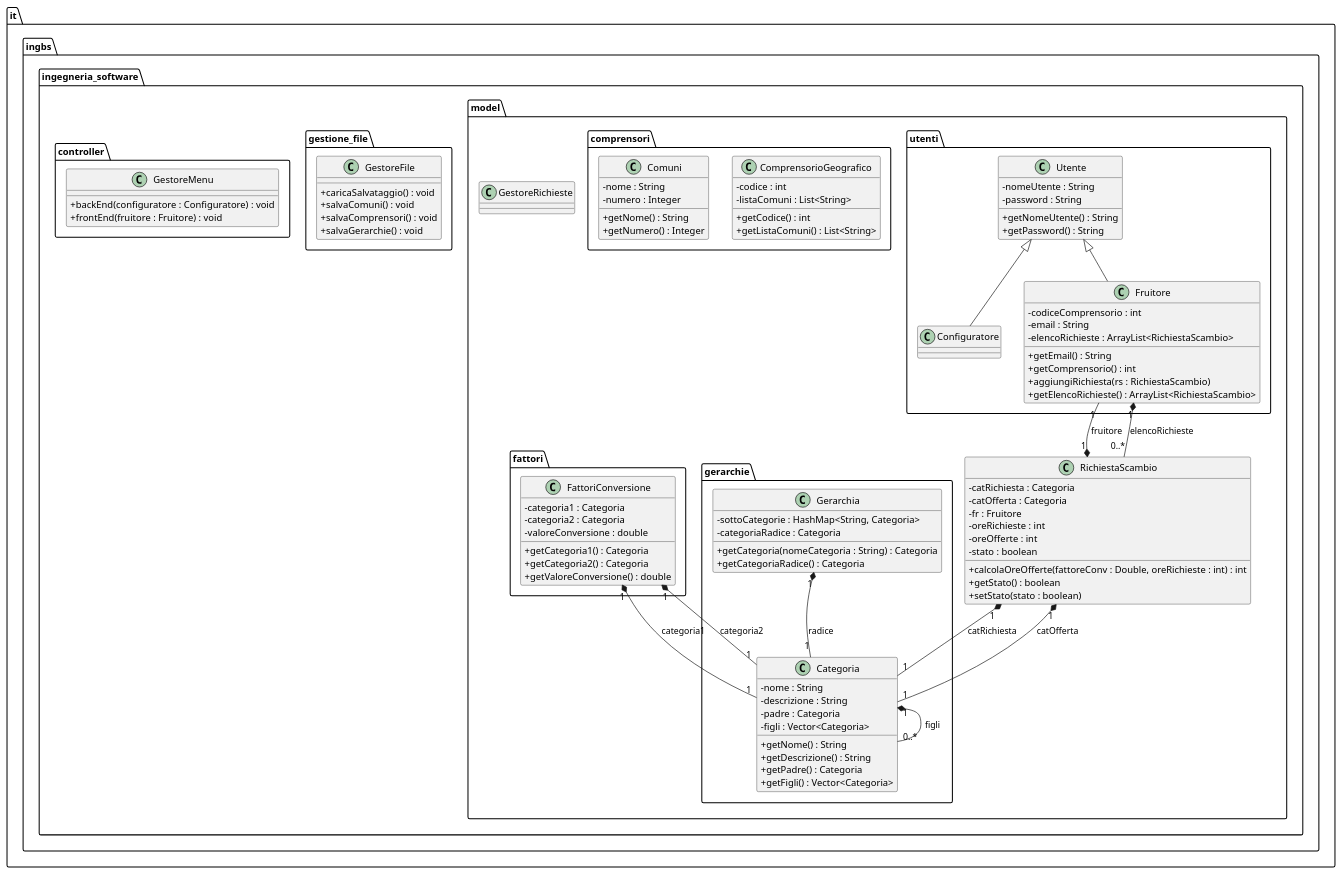
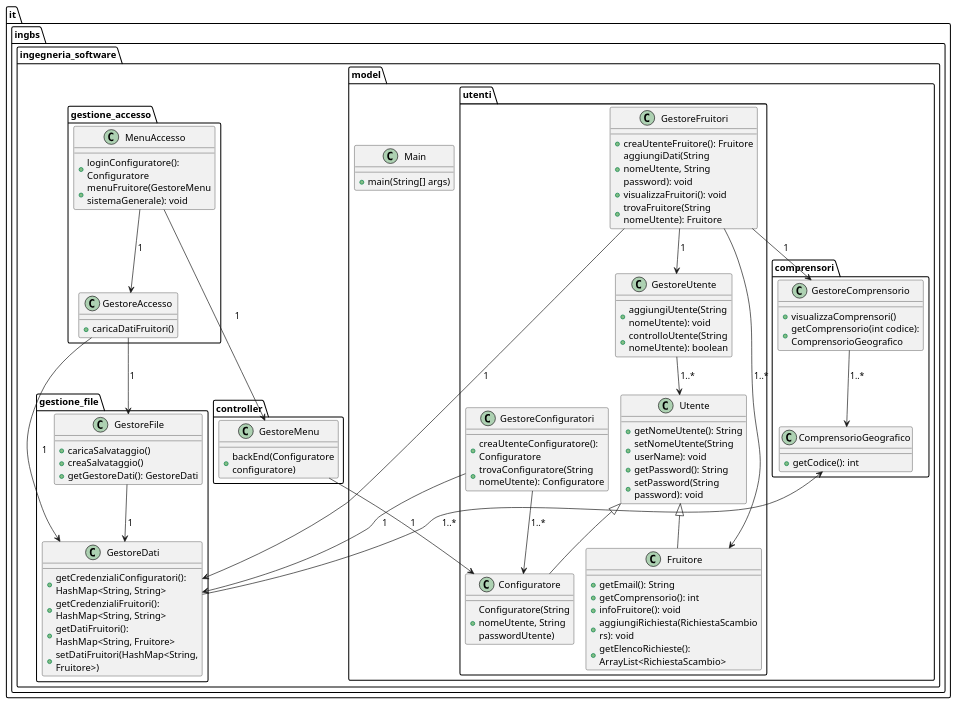
The diagram in uml/class-diagram.puml (dvdpezzo/elaborato-ingegneria-software), drawn with PlantUML before and after one commit. The commit also changed 9 other files, not shown here.

Commit message:
Riorganizzazione della struttura dei pacchetti e spostamento della classe RichiestaScambio in un nuovo pacchetto; rimozione della classe obsoleta.

```diff
--- a/uml/class-diagram.puml
+++ b/uml/class-diagram.puml
@@ -1,118 +1,106 @@
-@startuml class-diagram-versione_3
-skinparam classAttributeIconSize 0
+@startuml class-diagram-versione_4
 
-package "it.ingbs.ingegneria_software.model.utenti" {
-    class Utente {
-        - nomeUtente : String
-        - password : String
-        + getNomeUtente() : String
-        + getPassword() : String
-    }
+!pragma layout smetana
+skinparam horizontalAlignment center
+skinparam wrapWidth 200
+skinparam maxMessageSize 200
 
-    class Configuratore {
-    }
-
-    class Fruitore {
-        - codiceComprensorio : int
-        - email : String
-        - elencoRichieste : ArrayList<RichiestaScambio>
-        + getEmail() : String
-        + getComprensorio() : int
-        + aggiungiRichiesta(rs : RichiestaScambio)
-        + getElencoRichieste() : ArrayList<RichiestaScambio>
-    }
-
-    Utente <|-- Configuratore
-    Utente <|-- Fruitore
-}
-
-package "it.ingbs.ingegneria_software.model" {
-    class RichiestaScambio {
-        - catRichiesta : Categoria
-        - catOfferta : Categoria
-        - fr : Fruitore
-        - oreRichieste : int
-        - oreOfferte : int
-        - stato : boolean
-        + calcolaOreOfferte(fattoreConv : Double, oreRichieste : int) : int
-        + getStato() : boolean
-        + setStato(stato : boolean)
-    }
-
-    class GestoreRichieste {
+package it.ingbs.ingegneria_software.model {
+    class Main {
+        +main(String[] args)
     }
 }
 
-package "it.ingbs.ingegneria_software.model.gerarchie" {
-    class Categoria {
-        - nome : String
-        - descrizione : String
-        - padre : Categoria
-        - figli : Vector<Categoria>
-        + getNome() : String
-        + getDescrizione() : String
-        + getPadre() : Categoria
-        + getFigli() : Vector<Categoria>
-    }
-
-    class Gerarchia {
-        - sottoCategorie : HashMap<String, Categoria>
-        - categoriaRadice : Categoria
-        + getCategoria(nomeCategoria : String) : Categoria
-        + getCategoriaRadice() : Categoria
-    }
-
-    Categoria "1" *-- "0..*" Categoria : figli
-    Gerarchia "1" *-- "1" Categoria : radice
-}
-
-package "it.ingbs.ingegneria_software.model.fattori" {
-    class FattoriConversione {
-        - categoria1 : Categoria
-        - categoria2 : Categoria
-        - valoreConversione : double
-        + getCategoria1() : Categoria
-        + getCategoria2() : Categoria
-        + getValoreConversione() : double
+package it.ingbs.ingegneria_software.controller {
+    class GestoreMenu {
+        +backEnd(Configuratore configuratore)
     }
 }
 
-package "it.ingbs.ingegneria_software.model.comprensori" {
-    class ComprensorioGeografico {
-        - codice : int
-        - listaComuni : List<String>
-        + getCodice() : int
-        + getListaComuni() : List<String>
+package it.ingbs.ingegneria_software.gestione_accesso {
+    class GestoreAccesso {
+        +caricaDatiFruitori()
     }
-
-    class Comuni {
-        - nome : String
-        - numero : Integer
-        + getNome() : String
-        + getNumero() : Integer
+    class MenuAccesso {
+        +loginConfiguratore(): Configuratore
+        +menuFruitore(GestoreMenu sistemaGenerale): void
     }
 }
 
-package "it.ingbs.ingegneria_software.gestione_file" {
+package it.ingbs.ingegneria_software.gestione_file {
+    class GestoreDati {
+        +getCredenzialiConfiguratori(): HashMap<String, String>
+        +getCredenzialiFruitori(): HashMap<String, String>
+        +getDatiFruitori(): HashMap<String, Fruitore>
+        +setDatiFruitori(HashMap<String, Fruitore>)
+    }
     class GestoreFile {
-        + caricaSalvataggio() : void
-        + salvaComuni() : void
-        + salvaComprensori() : void
-        + salvaGerarchie() : void
+        +caricaSalvataggio()
+        +creaSalvataggio()
+        +getGestoreDati(): GestoreDati
     }
 }
 
-package "it.ingbs.ingegneria_software.controller" {
-    class GestoreMenu {
-        + backEnd(configuratore : Configuratore) : void
-        + frontEnd(fruitore : Fruitore) : void
+package it.ingbs.ingegneria_software.model.comprensori {
+    class ComprensorioGeografico {
+        +getCodice(): int
+    }
+    class GestoreComprensorio {
+        +visualizzaComprensori()
+        +getComprensorio(int codice): ComprensorioGeografico
     }
 }
 
-Fruitore "1" *-- "0..*" RichiestaScambio : elencoRichieste
-RichiestaScambio "1" *-- "1" Categoria : catRichiesta
-RichiestaScambio "1" *-- "1" Categoria : catOfferta
-RichiestaScambio "1" *-- "1" Fruitore : fruitore
-FattoriConversione "1" *-- "1" Categoria : categoria1
-FattoriConversione "1" *-- "1" Categoria : categoria2
+package it.ingbs.ingegneria_software.model.utenti {
+    class Utente {
+        +getNomeUtente(): String
+        +setNomeUtente(String userName): void
+        +getPassword(): String
+        +setPassword(String password): void
+    }
+    class Configuratore {
+        +Configuratore(String nomeUtente, String passwordUtente)
+    }
+    class Fruitore {
+        +getEmail(): String
+        +getComprensorio(): int
+        +infoFruitore(): void
+        +aggiungiRichiesta(RichiestaScambio rs): void
+        +getElencoRichieste(): ArrayList<RichiestaScambio>
+    }
+    class GestoreUtente {
+        +aggiungiUtente(String nomeUtente): void
+        +controlloUtente(String nomeUtente): boolean
+    }
+    class GestoreFruitori {
+        +creaUtenteFruitore(): Fruitore
+        +aggiungiDati(String nomeUtente, String password): void
+        +visualizzaFruitori(): void
+        +trovaFruitore(String nomeUtente): Fruitore
+    }
+    class GestoreConfiguratori {
+        +creaUtenteConfiguratore(): Configuratore
+        +trovaConfiguratore(String nomeUtente): Configuratore
+    }
+}
+
+GestoreFile --> GestoreDati : "1"
+GestoreDati --> ComprensorioGeografico : "1..*"
+GestoreMenu --> Configuratore : "1"
+MenuAccesso --> GestoreAccesso : "1"
+MenuAccesso --> GestoreMenu : "1"
+GestoreAccesso --> GestoreDati : "1"
+GestoreAccesso --> GestoreFile : "1"
+GestoreComprensorio --> ComprensorioGeografico : "1..*"
+GestoreUtente --> Utente : "1..*"
+GestoreFruitori --> Fruitore : "1..*"
+GestoreFruitori --> GestoreUtente : "1"
+GestoreFruitori --> GestoreComprensorio : "1"
+GestoreFruitori --> GestoreDati : "1"
+GestoreConfiguratori --> Configuratore : "1..*"
+GestoreConfiguratori --> GestoreDati : "1"
+
+Utente <|-- Configuratore
+Utente <|-- Fruitore
+
 @enduml
```
